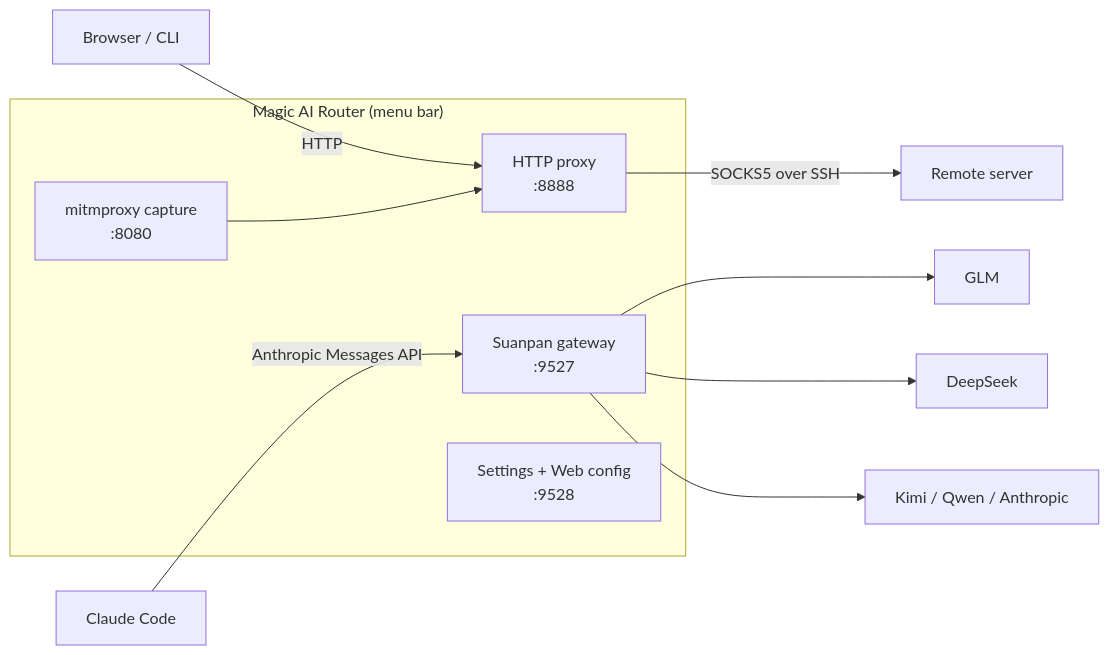
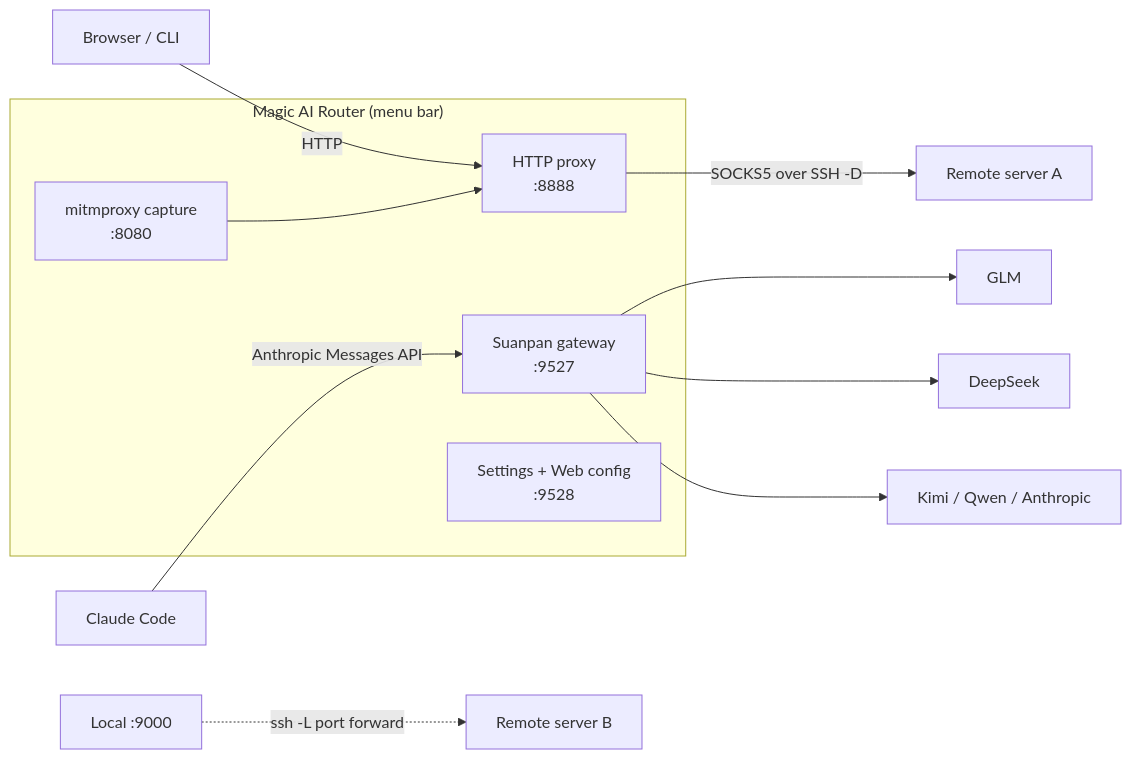
The diagram in README.md (benz-ai-x/Magic-AI-Router), drawn with Mermaid before and after one commit. The commit also changed other lines of this file and 1 other file, not shown here.

````diff
--- a/README.md
+++ b/README.md
@@ -38,16 +70,17 @@
 ```mermaid
 flowchart LR
     subgraph macOS["Magic AI Router (menu bar)"]
         HP["HTTP proxy<br/>:8888"]
         GW["Suanpan gateway<br/>:9527"]
         CAP["mitmproxy capture<br/>:8080"]
         UI["Settings + Web config<br/>:9528"]
     end
     B[Browser / CLI] -->|HTTP| HP
-    HP -->|SOCKS5 over SSH| R[Remote server]
+    HP -->|SOCKS5 over SSH -D| R[Remote server A]
+    F[Local :9000] -.->|ssh -L port forward| R2[Remote server B]
     CAP --> HP
     CC[Claude Code] -->|Anthropic Messages API| GW
     GW --> P1[GLM]
     GW --> P2[DeepSeek]
     GW --> P3[Kimi / Qwen / Anthropic]
 ```
````
